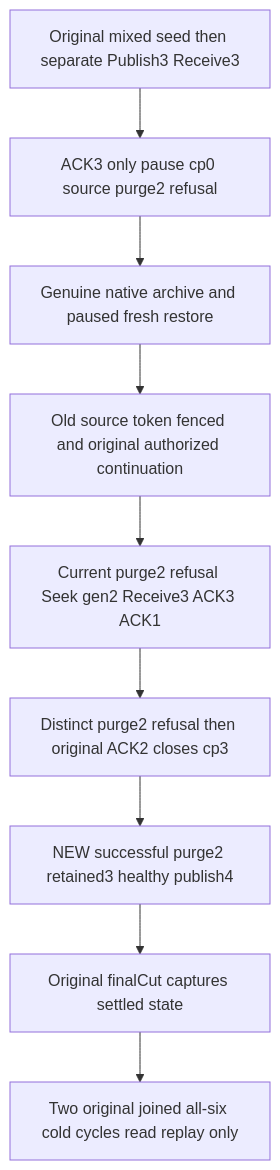
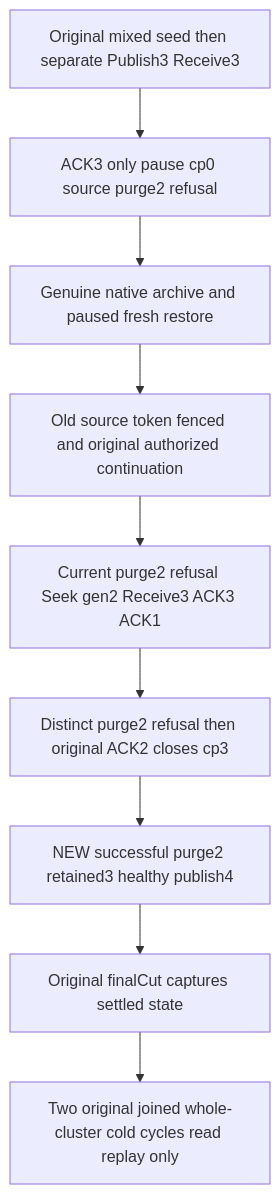
One commit to managedcode/KeyLoad changed the diagram in docs/Features/EventStreams/UnackedPinArchivePublic.md. Above: the diagram before and after it, drawn with Mermaid. The commit also changed other lines of this file and 7356 other files, not shown here.

````diff
--- a/docs/Features/EventStreams/UnackedPinArchivePublic.md
+++ b/docs/Features/EventStreams/UnackedPinArchivePublic.md
@@ -23,11 +23,11 @@
 ```mermaid
 flowchart TD
  A[Original mixed seed then separate Publish3 Receive3] --> B[ACK3 only pause cp0 source purge2 refusal]
  B --> C[Genuine native archive and paused fresh restore]
  C --> D[Old source token fenced and original authorized continuation]
  D --> E[Current purge2 refusal Seek gen2 Receive3 ACK3 ACK1]
  E --> F[Distinct purge2 refusal then original ACK2 closes cp3]
  F --> G[NEW successful purge2 retained3 healthy publish4]
  G --> H[Original finalCut captures settled state]
- H --> I[Two original joined all-six cold cycles read replay only]
+ H --> I[Two original joined whole-cluster cold cycles read replay only]
 ```
````
